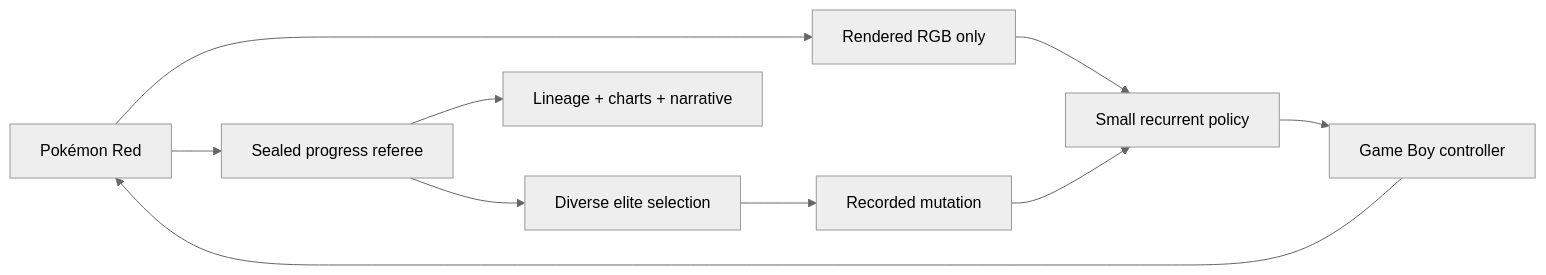
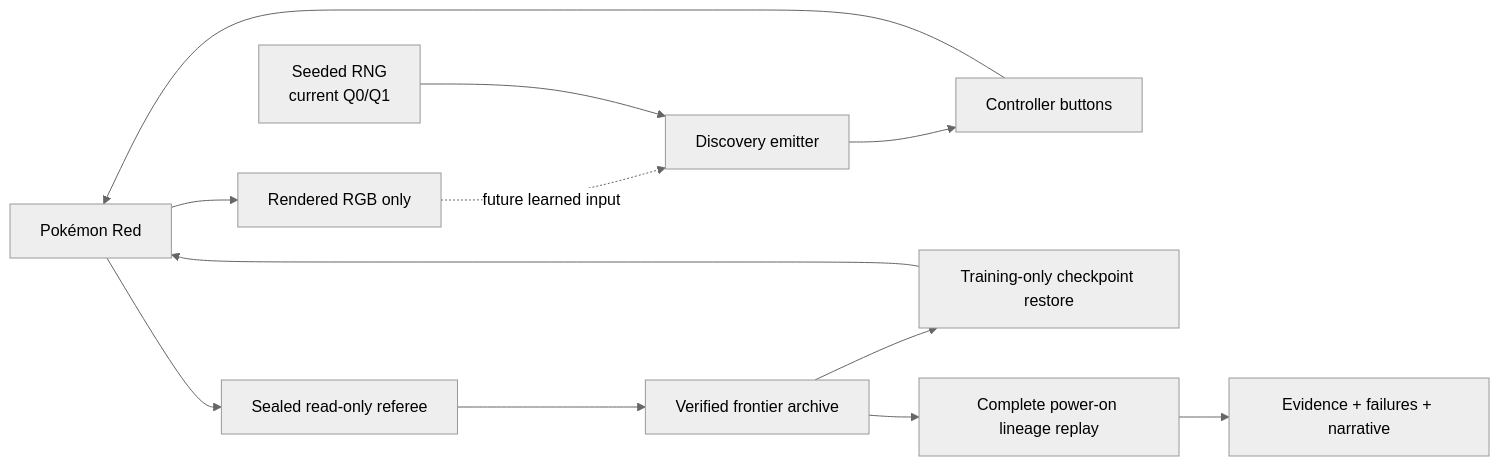
The second of 2 diagrams in README.md (PeteAndrews1289/pokemon-red-ai), drawn with Mermaid (neutral theme) before and after one commit. The commit also changed other lines of this file and 25 other files, not shown here.

````diff
--- a/README.md
+++ b/README.md
@@ -92,12 +103,14 @@
 ```mermaid
 flowchart LR
     Game["Pokémon Red"] --> Pixels["Rendered RGB only"]
-    Pixels --> Policy["Small recurrent policy"]
-    Policy --> Act["Game Boy controller"]
+    Pixels -. "future learned input" .-> Emitter["Discovery emitter"]
+    RNG["Seeded RNG<br/>current Q0/Q1"] --> Emitter
+    Emitter --> Act["Controller buttons"]
     Act --> Game
-    Game --> Referee["Sealed progress referee"]
-    Referee --> Selection["Diverse elite selection"]
-    Selection --> Mutation["Recorded mutation"]
-    Mutation --> Policy
-    Referee --> Story["Lineage + charts + narrative"]
+    Game --> Referee["Sealed read-only referee"]
+    Referee --> Archive["Verified frontier archive"]
+    Archive --> Restore["Training-only checkpoint restore"]
+    Restore --> Game
+    Archive --> Replay["Complete power-on lineage replay"]
+    Replay --> Story["Evidence + failures + narrative"]
 ```
````
